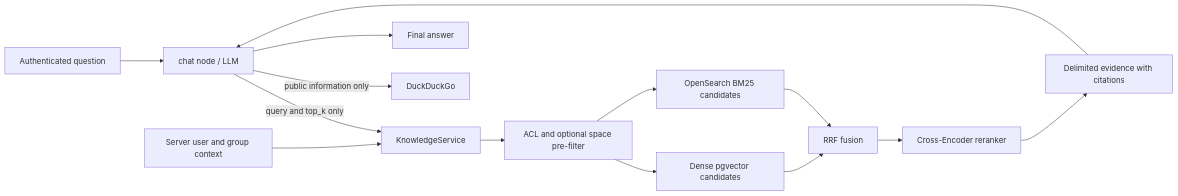
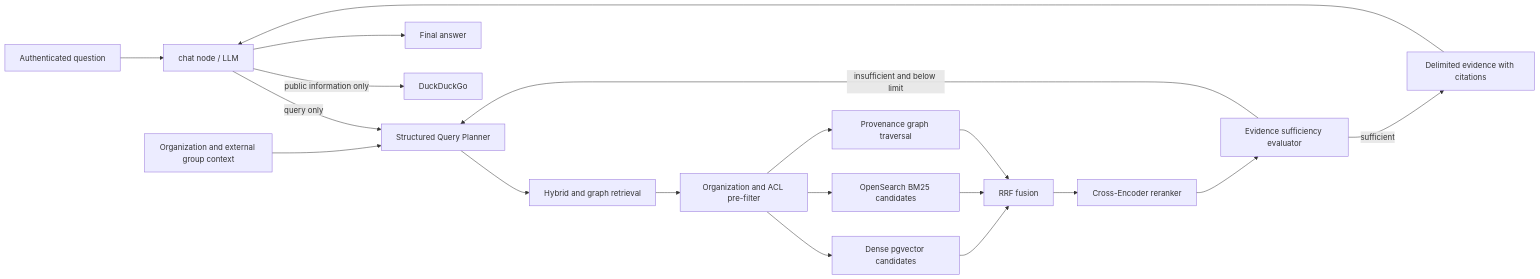
Before and after one commit to Vanisfor/QAagent: the diagram in docs/rag.md, drawn with Mermaid. The commit also changed other lines of this file, not shown here.

First line of the commit message:
docs: document multi-tenant and connector architecture

````diff
--- a/docs/rag.md
+++ b/docs/rag.md
@@ -15,16 +16,21 @@
 ```mermaid
 flowchart LR
     U[Authenticated question] --> C[chat node / LLM]
-    C -->|query and top_k only| K[KnowledgeService]
-    A[Server user and group context] --> K
-    K --> F[ACL and optional space pre-filter]
+    C -->|query only| P[Structured Query Planner]
+    A[Organization and external group context] --> P
+    P --> K[Hybrid and graph retrieval]
+    K --> F[Organization and ACL pre-filter]
     F --> D[Dense pgvector candidates]
     F --> L[OpenSearch BM25 candidates]
+    F --> G[Provenance graph traversal]
     D --> R[RRF fusion]
     L --> R
+    G --> R
     R --> X[Cross-Encoder reranker]
-    X --> E[Delimited evidence with citations]
+    X --> V[Evidence sufficiency evaluator]
+    V -->|insufficient and below limit| P
+    V -->|sufficient| E[Delimited evidence with citations]
     E --> C
     C -->|public information only| W[DuckDuckGo]
     C --> O[Final answer]
 ```
````
